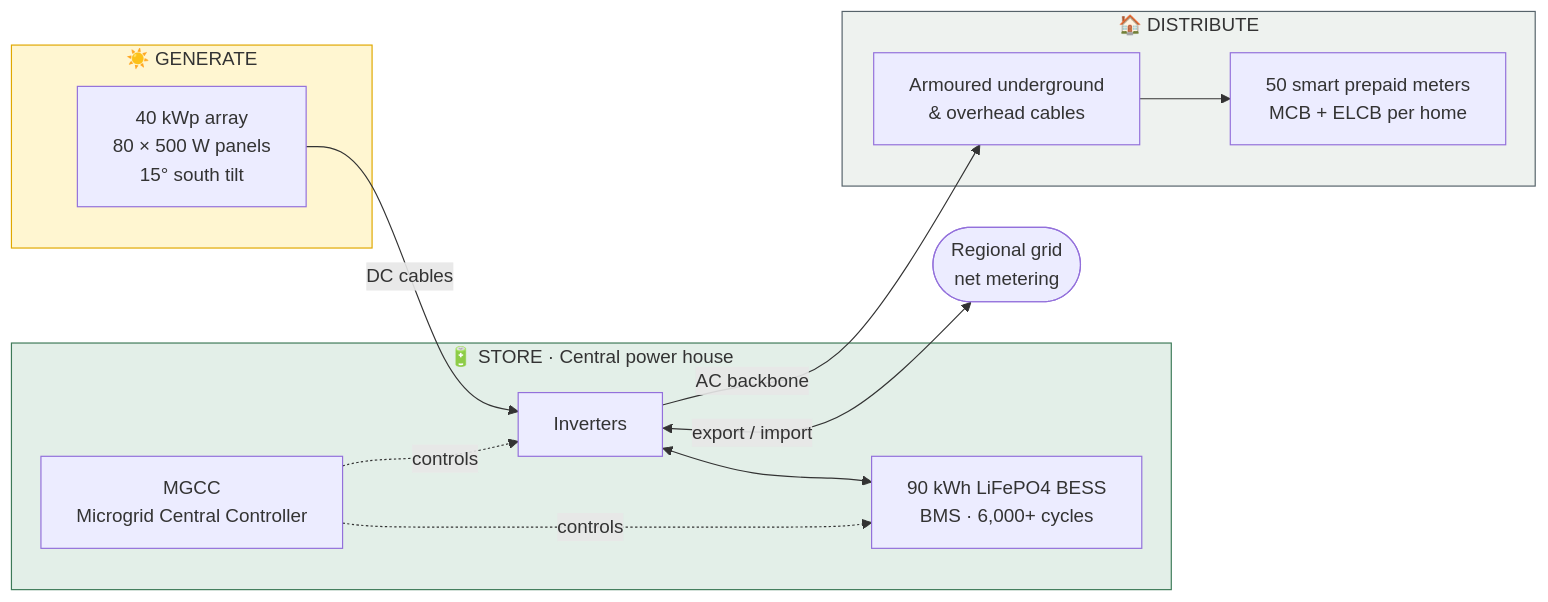
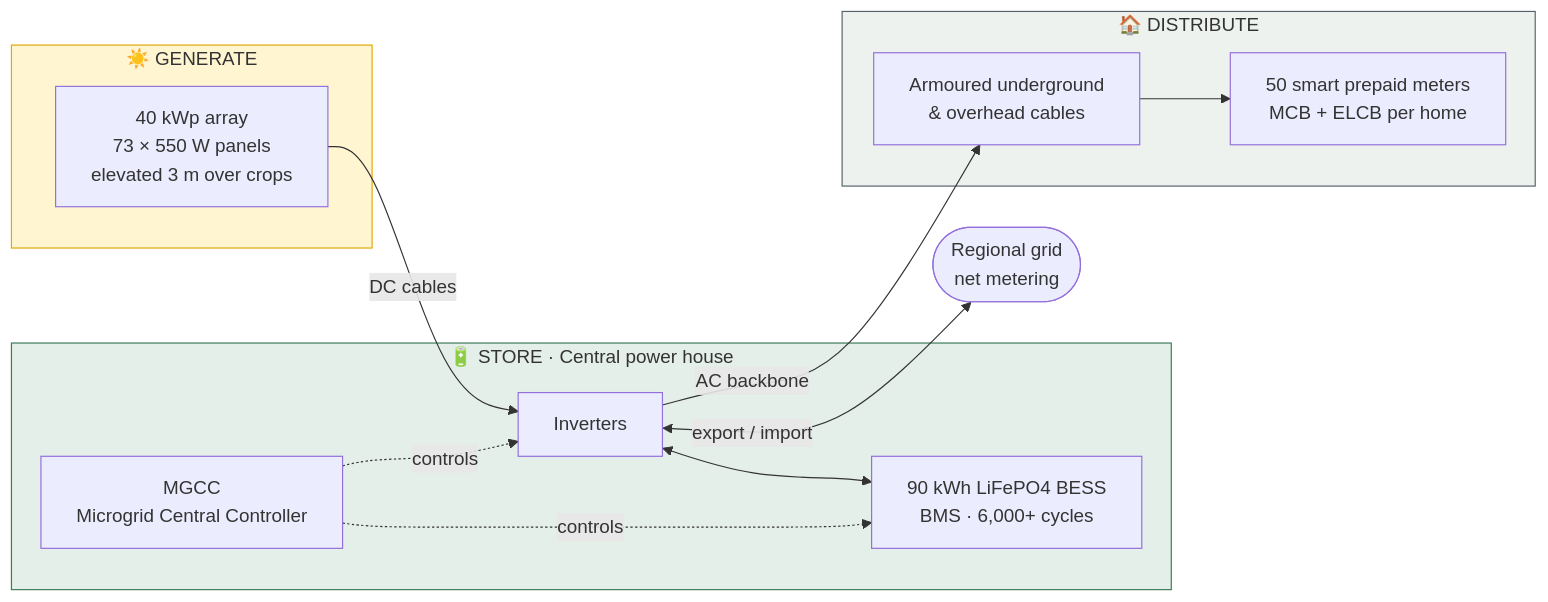
One commit to Roushan-2104/Urasicous-Clean-Tech changed the fifth of 8 diagrams in README.md. Above: the diagram before and after it, drawn with Mermaid. The commit also changed other lines of this file and 11 other files, not shown here.

````diff
--- a/README.md
+++ b/README.md
@@ -193,25 +193,25 @@
 ```mermaid
 flowchart LR
     subgraph G["☀️ GENERATE"]
-        P["40 kWp array<br>80 × 500 W panels<br>15° south tilt"]
+        P["40 kWp array<br>73 × 550 W panels<br>elevated 3 m over crops"]
     end
     subgraph S["🔋 STORE · Central power house"]
         I["Inverters"]
         M["MGCC<br>Microgrid Central Controller"]
         B["90 kWh LiFePO4 BESS<br>BMS · 6,000+ cycles"]
     end
     subgraph D["🏠 DISTRIBUTE"]
         C["Armoured underground<br>& overhead cables"]
         H["50 smart prepaid meters<br>MCB + ELCB per home"]
     end
     N(["Regional grid<br>net metering"])
     P -- "DC cables" --> I
     I <--> B
     M -. controls .-> I
     M -. controls .-> B
     I -- "AC backbone" --> C --> H
     I <-->|"export / import"| N
     style G fill:#fff6d1,stroke:#e0a800
     style S fill:#e3efe8,stroke:#3d7a58
     style D fill:#eef2ef,stroke:#56636a
 ```
````
